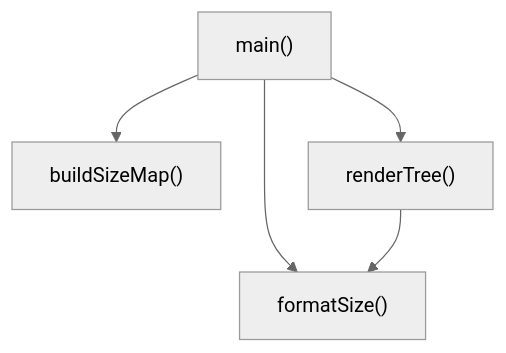
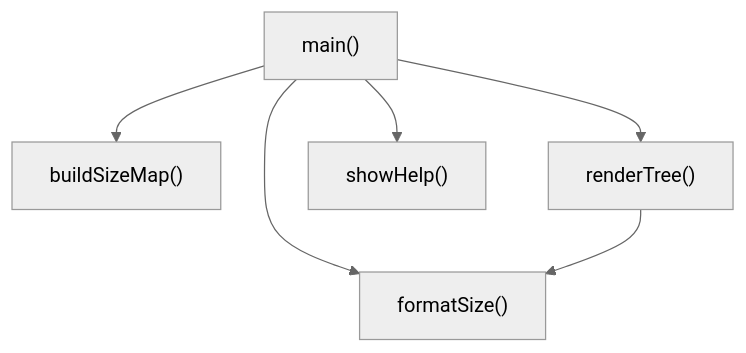
The diagram in docs/variables'n'functions/[JavaScript]index.md (DovahkiinYuzuko/Easy-File-Size), drawn with Mermaid (neutral theme) before and after one commit. The commit also changed other lines of this file and 1 other file, not shown here.

Commit message:
[feat] yoryoヘルプコマンド（-h / --help）の追加

````diff
--- a/docs/variables'n'functions/[JavaScript]index.md
+++ b/docs/variables'n'functions/[JavaScript]index.md
@@ -53,7 +59,8 @@
 ```mermaid
 graph TD
   main["main()"] --> buildSizeMap["buildSizeMap()"]
   main --> renderTree["renderTree()"]
   main --> formatSize["formatSize()"]
+  main --> showHelp["showHelp()"]
   renderTree --> formatSize
 ```
````
